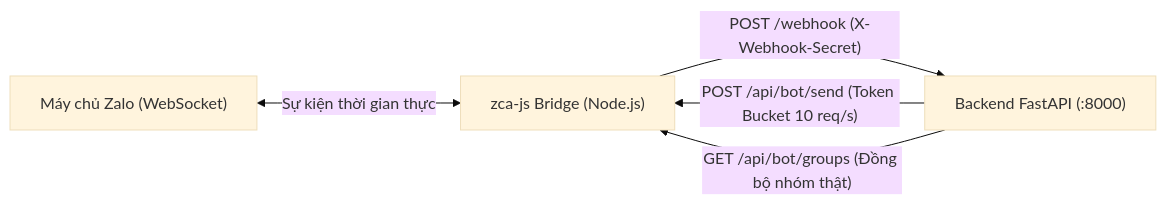
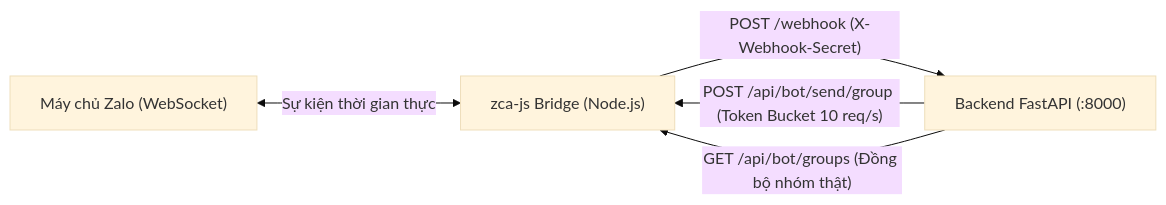
The diagram in zca-js/ZCA_BRIDGE.md (vutiendat2302/vsico_zalo_bot), drawn with Mermaid (base theme) before and after one commit. The commit also changed other lines of this file and 104 other files, not shown here.

````diff
--- a/zca-js/ZCA_BRIDGE.md
+++ b/zca-js/ZCA_BRIDGE.md
@@ -19,7 +19,7 @@
 ```mermaid
 flowchart LR
     ZALO["Máy chủ Zalo (WebSocket)"] <-->|"Sự kiện thời gian thực"| ZCA["zca-js Bridge (Node.js)"]
     ZCA -->|"POST /webhook (X-Webhook-Secret)"| BE["Backend FastAPI (:8000)"]
-    BE -->|"POST /api/bot/send (Token Bucket 10 req/s)"| ZCA
+    BE -->|"POST /api/bot/send/group (Token Bucket 10 req/s)"| ZCA
     BE -->|"GET /api/bot/groups (Đồng bộ nhóm thật)"| ZCA
 ```
````
